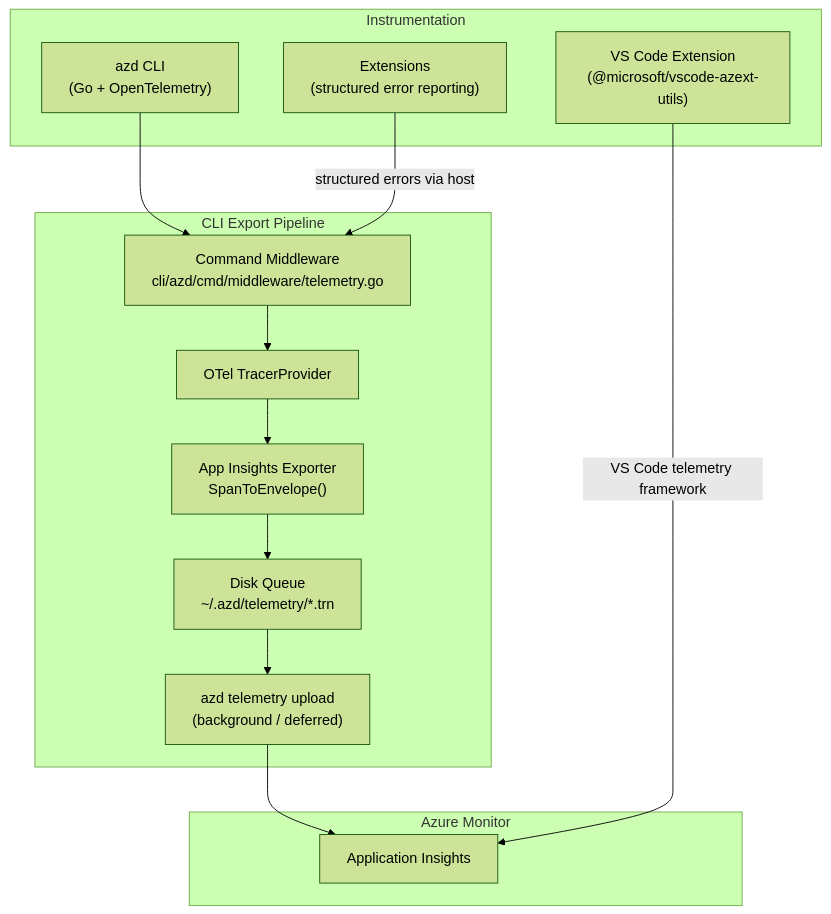
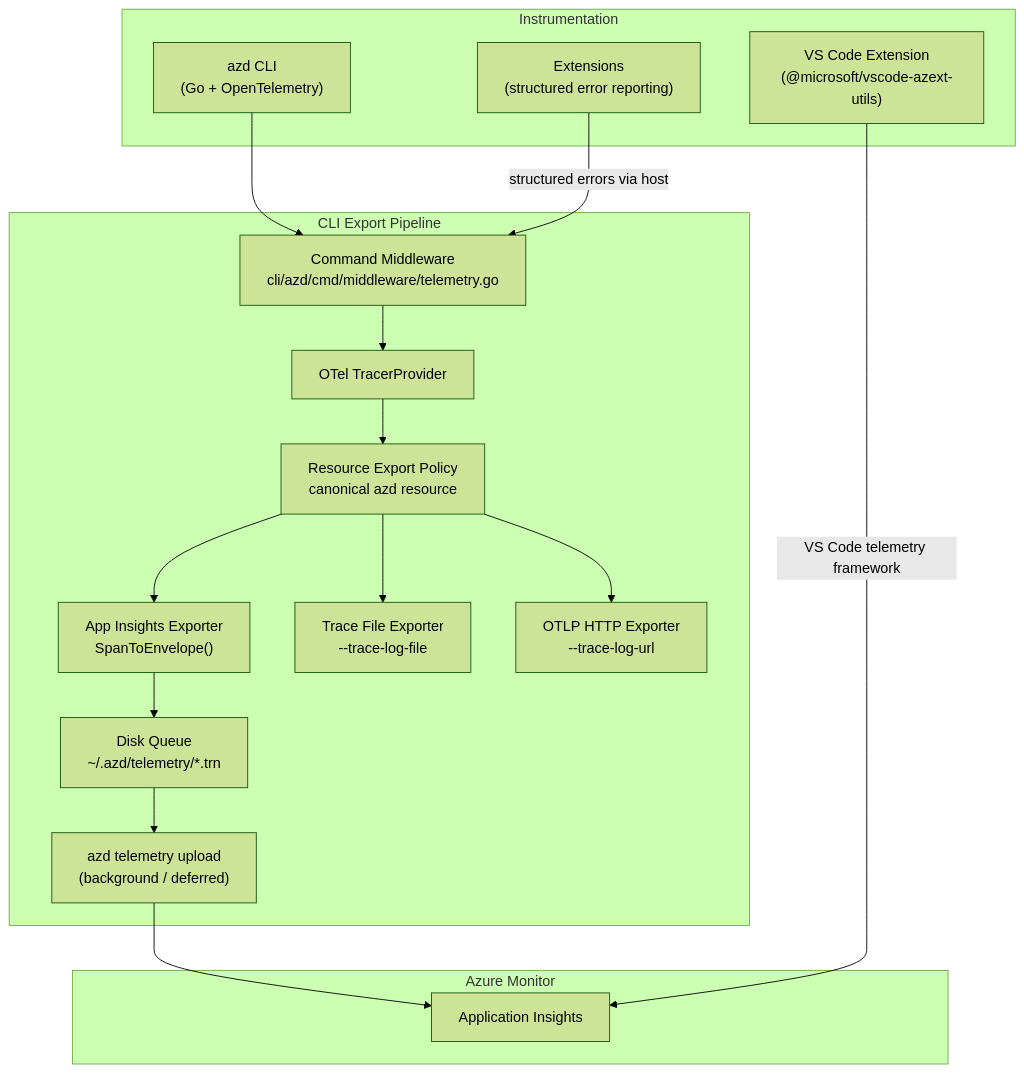
One commit to Azure/azure-dev changed the first of 3 diagrams in docs/architecture/telemetry.md. Above: the diagram before and after it, drawn with Mermaid (forest theme). The commit also changed other lines of this file and 17 other files, not shown here.

````diff
--- a/docs/architecture/telemetry.md
+++ b/docs/architecture/telemetry.md
@@ -22,24 +23,30 @@
 ```mermaid
 flowchart TB
     subgraph Instrumentation ["Instrumentation"]
         CLI["azd CLI<br/>(Go + OpenTelemetry)"]
         VSC["VS Code Extension<br/>(@microsoft/vscode-azext-utils)"]
         EXT["Extensions<br/>(structured error reporting)"]
     end
 
     subgraph Export ["CLI Export Pipeline"]
         MW["Command Middleware<br/>cli/azd/cmd/middleware/telemetry.go"]
         OTel["OTel TracerProvider"]
+        Policy["Resource Export Policy<br/>canonical azd resource"]
         AIExp["App Insights Exporter<br/>SpanToEnvelope()"]
+        FileExp["Trace File Exporter<br/>--trace-log-file"]
+        OTLPExp["OTLP HTTP Exporter<br/>--trace-log-url"]
         DiskQ["Disk Queue<br/>~/.azd/telemetry/*.trn"]
         Upload["azd telemetry upload<br/>(background / deferred)"]
     end
 
     subgraph Ingestion ["Azure Monitor"]
         AppInsights["Application Insights"]
     end
 
-    CLI --> MW --> OTel --> AIExp --> DiskQ --> Upload --> AppInsights
+    CLI --> MW --> OTel --> Policy
+    Policy --> AIExp --> DiskQ --> Upload --> AppInsights
+    Policy --> FileExp
+    Policy --> OTLPExp
     VSC -->|VS Code telemetry framework| AppInsights
     EXT -->|structured errors via host| MW
 ```
````
